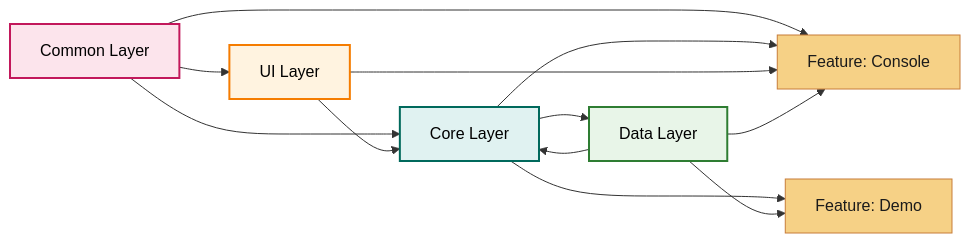
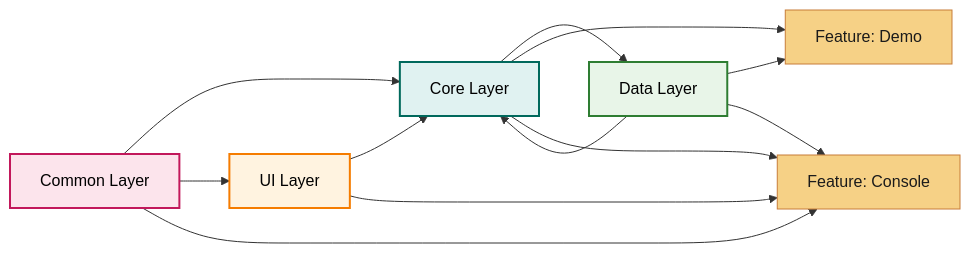
One commit to hhumbetovv/fullstack-template changed the fourth of 4 diagrams in flutter/module_graph.md. Above: the diagram before and after it, drawn with Mermaid. The commit also changed other lines of this file and 118 other files, not shown here.

````diff
--- a/flutter/module_graph.md
+++ b/flutter/module_graph.md
@@ -196,32 +198,32 @@
 ```mermaid
 graph LR
     group_Core_Layer["Core Layer"]
     class group_Core_Layer core
     group_Common_Layer["Common Layer"]
     class group_Common_Layer common
     group_UI_Layer["UI Layer"]
     class group_UI_Layer ui
     group_Data_Layer["Data Layer"]
     class group_Data_Layer data
+    group_Feature__Demo["Feature: Demo"]
+    class group_Feature__Demo feature
     group_Feature__Console["Feature: Console"]
     class group_Feature__Console feature
-    group_Feature__Demo["Feature: Demo"]
-    class group_Feature__Demo feature
     group_Common_Layer --> group_Core_Layer
     group_Core_Layer --> group_Data_Layer
     group_UI_Layer --> group_Core_Layer
     group_Data_Layer --> group_Core_Layer
     group_Common_Layer --> group_UI_Layer
+    group_Core_Layer --> group_Feature__Demo
+    group_Data_Layer --> group_Feature__Demo
     group_Common_Layer --> group_Feature__Console
     group_Core_Layer --> group_Feature__Console
     group_UI_Layer --> group_Feature__Console
     group_Data_Layer --> group_Feature__Console
-    group_Core_Layer --> group_Feature__Demo
-    group_Data_Layer --> group_Feature__Demo
 
     classDef data fill:#e8f5e8,stroke:#2e7d32,stroke-width:2px,color:#000000;
     classDef ui fill:#fff3e0,stroke:#f57c00,stroke-width:2px,color:#000000;
     classDef common fill:#fce4ec,stroke:#c2185b,stroke-width:2px,color:#000000;
     classDef core fill:#e0f2f1,stroke:#00695c,stroke-width:2px,color:#000000;
     classDef feature fill:#f6d186,stroke:#c77d39,color:#1b1b1b;
 ```
````
